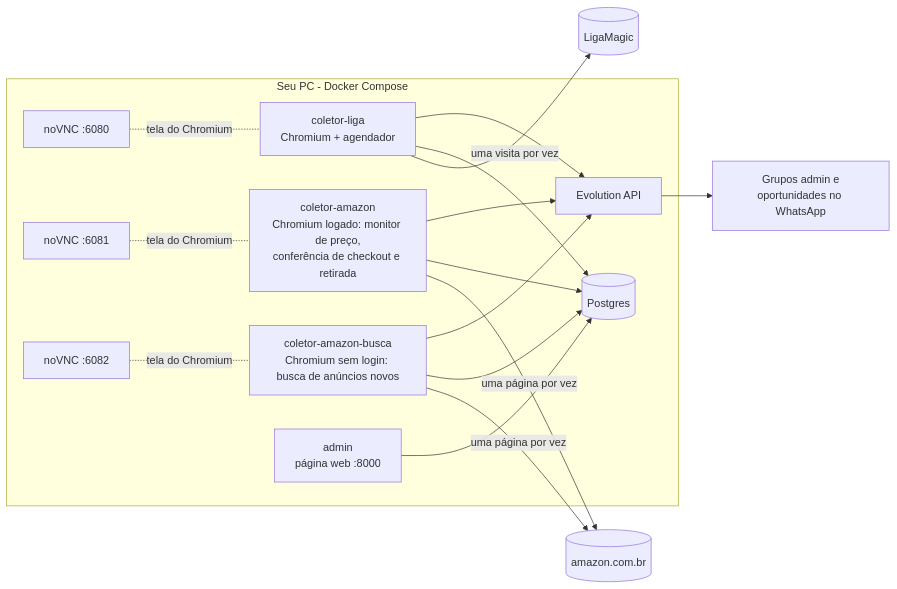
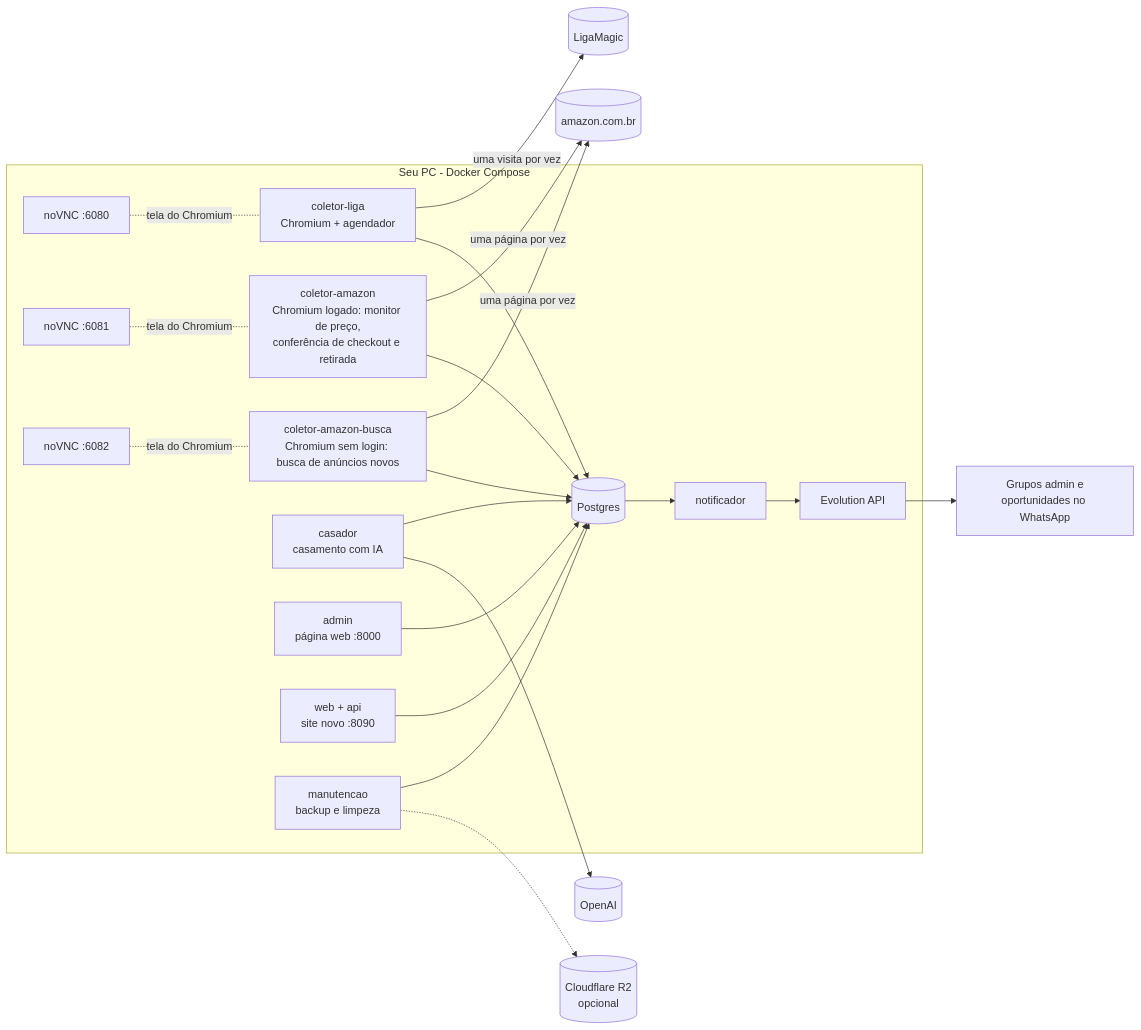
The diagram in README.md (Kyner/tcg-sniper), drawn with Mermaid before and after one commit. The commit also changed other lines of this file and 5 other files, not shown here.

````diff
--- a/README.md
+++ b/README.md
@@ -37,31 +59,40 @@
 ```mermaid
 flowchart LR
     liga[(LigaMagic)]
     amazon[(amazon.com.br)]
     subgraph pc[Seu PC - Docker Compose]
         coletor[coletor-liga<br/>Chromium + agendador]
         coletor_amz[coletor-amazon<br/>Chromium logado: monitor de preço,<br/>conferência de checkout e retirada]
         coletor_busca[coletor-amazon-busca<br/>Chromium sem login: busca de anúncios novos]
+        casador[casador<br/>casamento com IA]
         admin[admin<br/>página web :8000]
+        web[web + api<br/>site novo :8090]
         db[(Postgres)]
+        notif[notificador]
+        manut[manutencao<br/>backup e limpeza]
         evo[Evolution API]
         vnc[noVNC :6080]
         vnc_amz[noVNC :6081]
         vnc_busca[noVNC :6082]
     end
     whats[Grupos admin e<br/>oportunidades no WhatsApp]
+    openai[(OpenAI)]
+    r2[(Cloudflare R2<br/>opcional)]
 
     coletor -- uma visita por vez --> liga
+    coletor_amz -- uma página por vez --> amazon
+    coletor_busca -- uma página por vez --> amazon
     coletor --> db
+    coletor_amz --> db
+    coletor_busca --> db
+    casador --> db
+    casador --> openai
     admin --> db
-    coletor --> evo --> whats
-    coletor_amz -- uma página por vez --> amazon
-    coletor_amz --> db
-    coletor_amz --> evo
-    coletor_busca -- uma página por vez --> amazon
-    coletor_busca --> db
-    coletor_busca --> evo
+    web --> db
+    manut --> db
+    manut -.-> r2
+    db --> notif --> evo --> whats
     vnc -. tela do Chromium .- coletor
     vnc_amz -. tela do Chromium .- coletor_amz
     vnc_busca -. tela do Chromium .- coletor_busca
 ```
````
